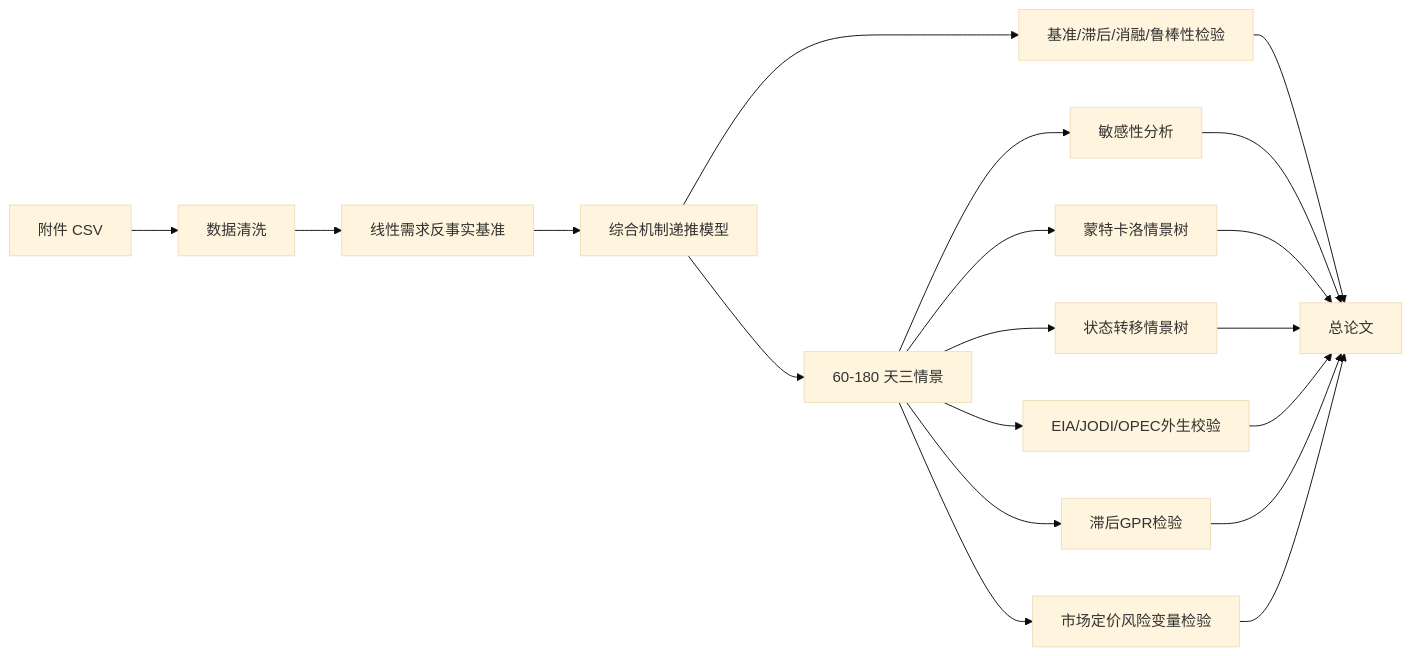
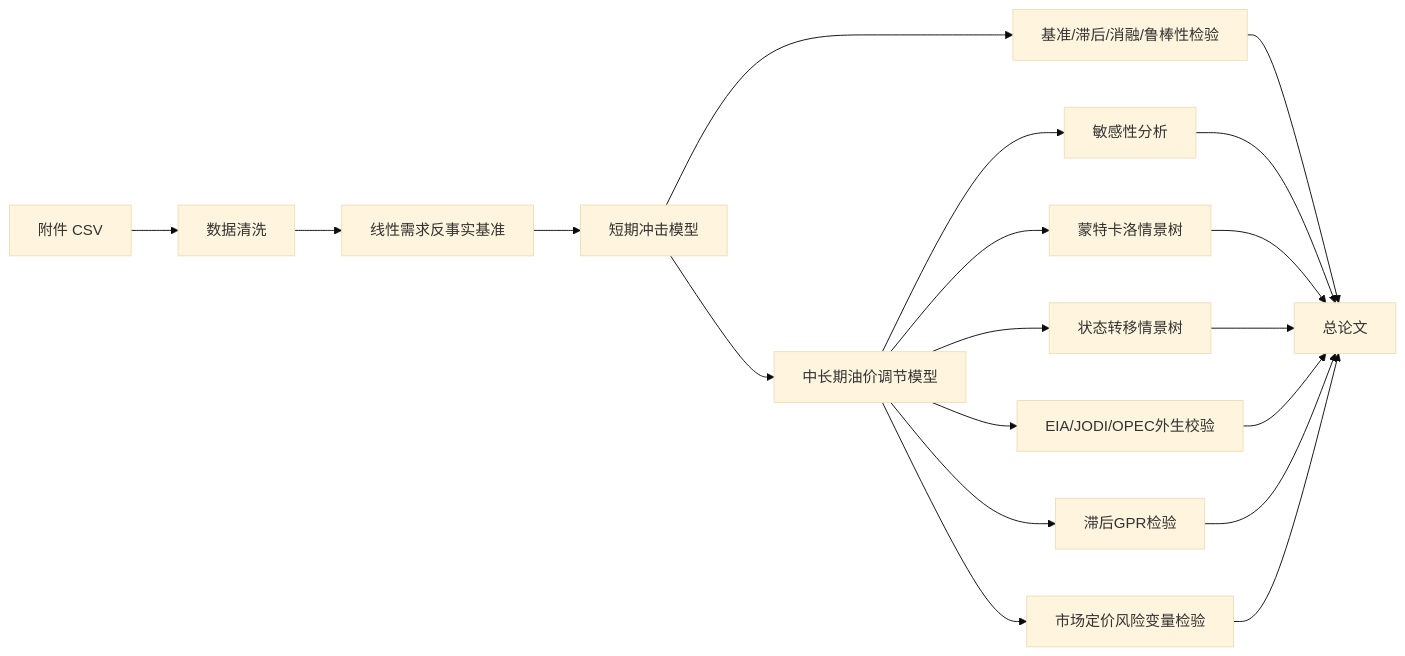
Before and after one commit to Timcai06/-A-: the diagram in docs/01_建模方案.md, drawn with Mermaid (base theme). The commit also changed other lines of this file and 22 other files, not shown here.

````diff
--- a/docs/01_建模方案.md
+++ b/docs/01_建模方案.md
@@ -5,21 +5,21 @@
 ```mermaid
 flowchart LR
     Raw["附件 CSV"] --> Clean["数据清洗"]
     Clean --> Baseline["线性需求反事实基准"]
-    Baseline --> Main["综合机制递推模型"]
+    Baseline --> Main["短期冲击模型"]
     Main --> Defense["基准/滞后/消融/鲁棒性检验"]
-    Main --> Scenario["60-180 天三情景"]
+    Main --> Scenario["中长期油价调节模型"]
     Scenario --> Sens["敏感性分析"]
     Scenario --> MC["蒙特卡洛情景树"]
     Scenario --> StateTree["状态转移情景树"]
     Scenario --> ExternalAudit["EIA/JODI/OPEC外生校验"]
     Scenario --> RiskAudit["滞后GPR检验"]
     Scenario --> MarketRisk["市场定价风险变量检验"]
     Defense --> Paper["总论文"]
     Sens --> Paper
     MC --> Paper
     StateTree --> Paper
     ExternalAudit --> Paper
     RiskAudit --> Paper
     MarketRisk --> Paper
 ```
````
